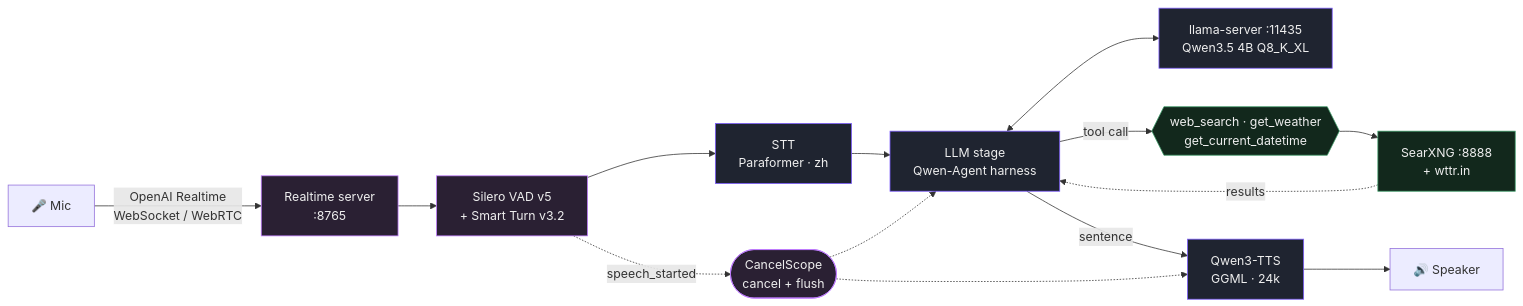
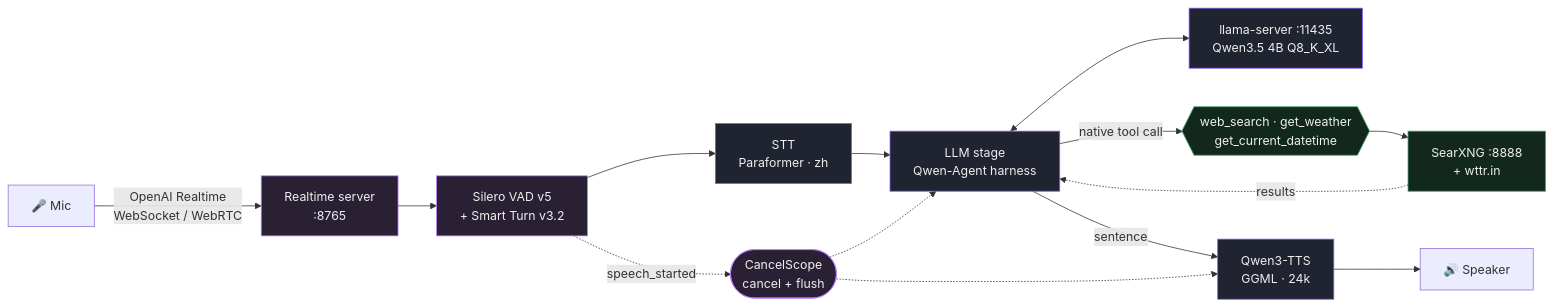
The diagram in README.md (vieenrose/voice-chat), drawn with Mermaid before and after one commit. The commit also changed other lines of this file and 2 other files, not shown here.

````diff
--- a/README.md
+++ b/README.md
@@ -11,23 +11,23 @@
 ```mermaid
 flowchart LR
     Mic["🎤 Mic"] -->|OpenAI Realtime<br/>WebSocket / WebRTC| RT["Realtime server<br/>:8765"]
     RT --> VAD["Silero VAD v5<br/>+ Smart Turn v3.2"]
     VAD --> STT["STT<br/>Paraformer · zh"]
     STT --> AG["LLM stage<br/>Qwen-Agent harness"]
     AG <--> LLM["llama-server :11435<br/>Qwen3.5 4B Q8_K_XL"]
-    AG -->|tool call| T{{"web_search · get_weather<br/>get_current_datetime"}}
+    AG -->|native tool call| T{{"web_search · get_weather<br/>get_current_datetime"}}
     T --> SX["SearXNG :8888<br/>+ wttr.in"]
     SX -.results.-> AG
     AG -->|sentence| TTS["Qwen3-TTS<br/>GGML · 24k"]
     TTS --> SPK["🔊 Speaker"]
     VAD -.->|speech_started| CS(["CancelScope<br/>cancel + flush"])
     CS -.-> AG
     CS -.-> TTS
 
     classDef m fill:#1f2430,stroke:#7c5cff,color:#eee
     classDef s fill:#12281c,stroke:#3f9e6a,color:#eee
     classDef f fill:#2a2033,stroke:#c07cff,color:#eee
     class STT,LLM,TTS,AG m
     class SX,T s
     class RT,VAD,CS f
 ```
````
